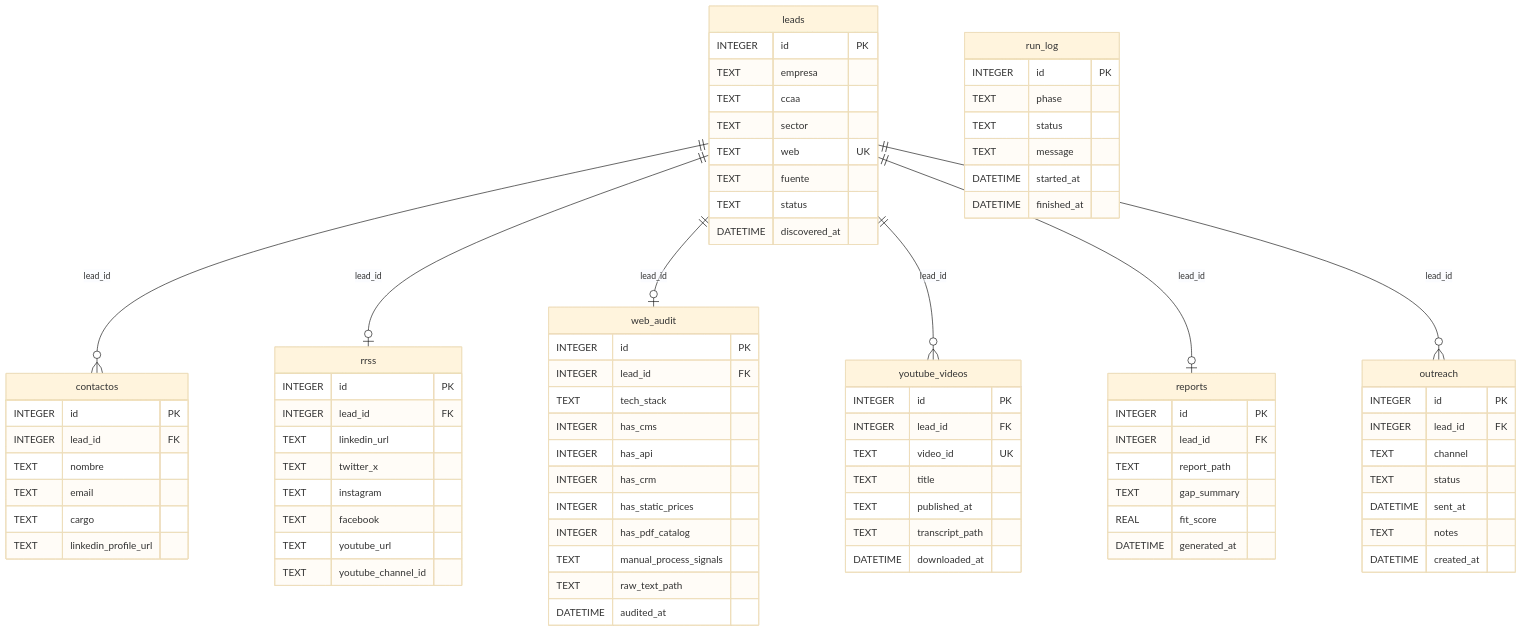
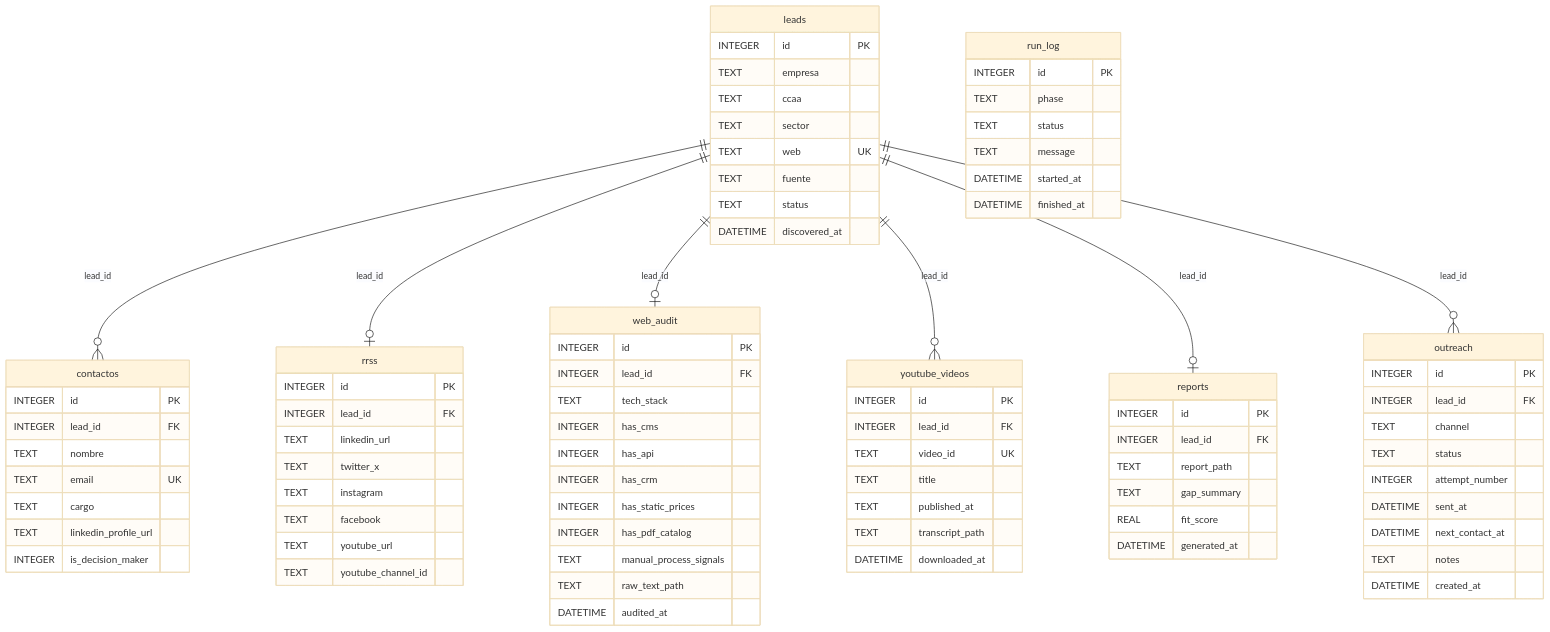
One commit to albertjimrod/prospector-B2B changed the second of 3 diagrams in docs/TECHNICAL.md. Above: the diagram before and after it, drawn with Mermaid (base theme). The commit also changed other lines of this file and 9 other files, not shown here.

```diff
--- a/docs/TECHNICAL.md
+++ b/docs/TECHNICAL.md
@@ -94,9 +94,10 @@
         INTEGER id PK
         INTEGER lead_id FK
         TEXT nombre
-        TEXT email
+        TEXT email UK
         TEXT cargo
         TEXT linkedin_profile_url
+        INTEGER is_decision_maker
     }
     rrss {
         INTEGER id PK
@@ -143,7 +144,9 @@
         INTEGER lead_id FK
         TEXT channel
         TEXT status
+        INTEGER attempt_number
         DATETIME sent_at
+        DATETIME next_contact_at
         TEXT notes
         DATETIME created_at
     }
```
